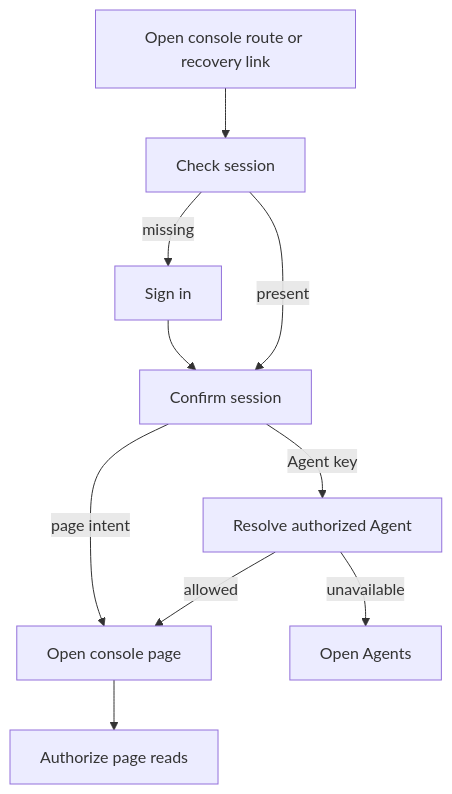
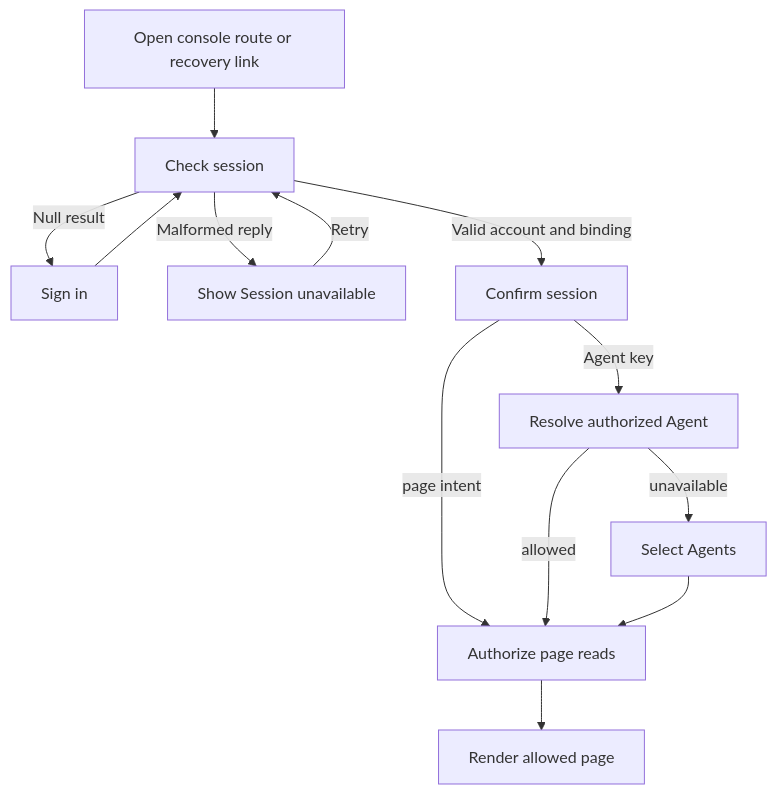
One commit to openclaw/openclaw-enterprise changed the diagram in docs/flows/platform-console/sign-in-return.md. Above: the diagram before and after it, drawn with Mermaid. The commit also changed other lines of this file, not shown here.

Commit message:
docs(console): explain session binding recovery

````diff
--- a/docs/flows/platform-console/sign-in-return.md
+++ b/docs/flows/platform-console/sign-in-return.md
@@ -23,12 +23,15 @@
 ```mermaid
 graph TD
   A["Open console route or recovery link"] --> B["Check session"]
-  B -->|missing| C["Sign in"]
-  C --> D["Confirm session"]
-  B -->|present| D
-  D -->|page intent| E["Open console page"]
+  B -->|Null result| C["Sign in"]
+  C --> B
+  B -->|Malformed reply| R["Show Session unavailable"]
+  R -->|Retry| B
+  B -->|Valid account and binding| D["Confirm session"]
+  D -->|page intent| E["Authorize page reads"]
   D -->|Agent key| F["Resolve authorized Agent"]
   F -->|allowed| E
-  F -->|unavailable| G["Open Agents"]
-  E --> H["Authorize page reads"]
+  F -->|unavailable| G["Select Agents"]
+  G --> E
+  E --> H["Render allowed page"]
 ```
````
